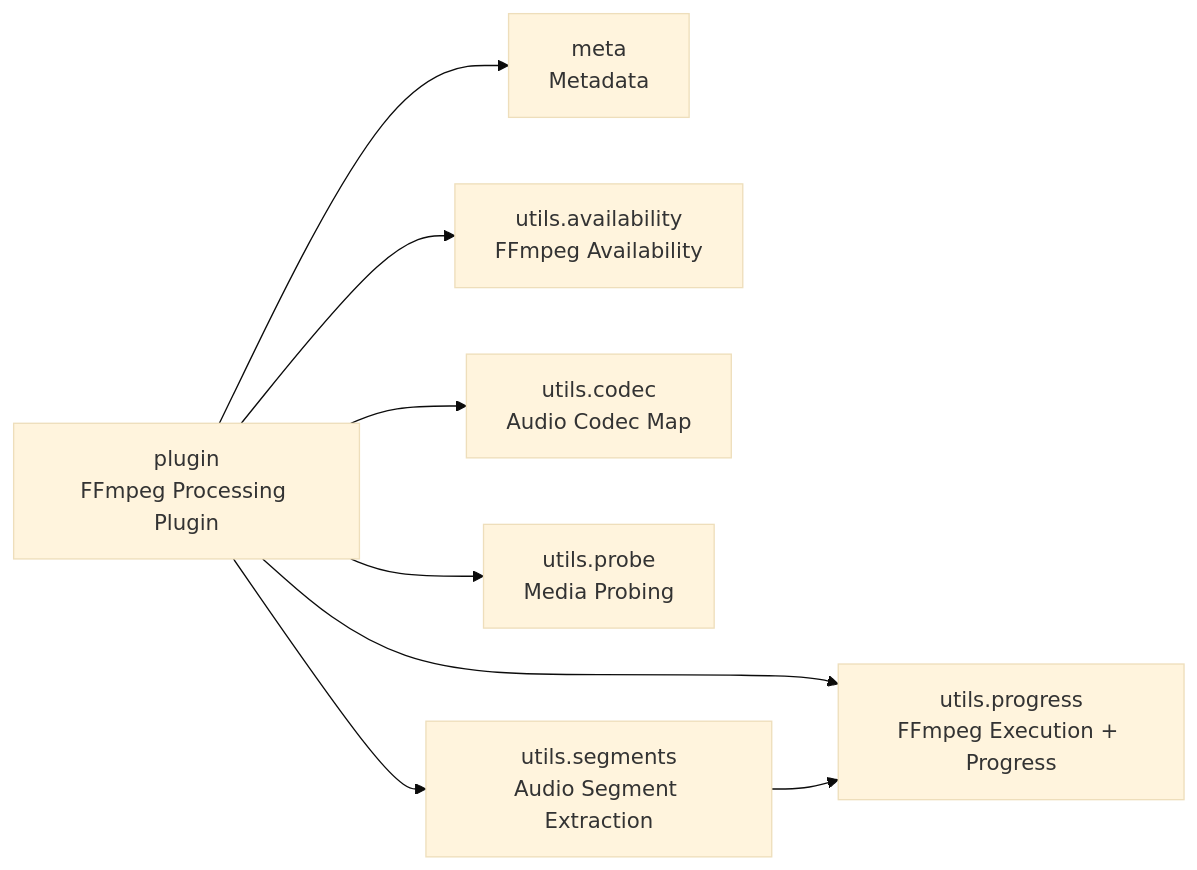
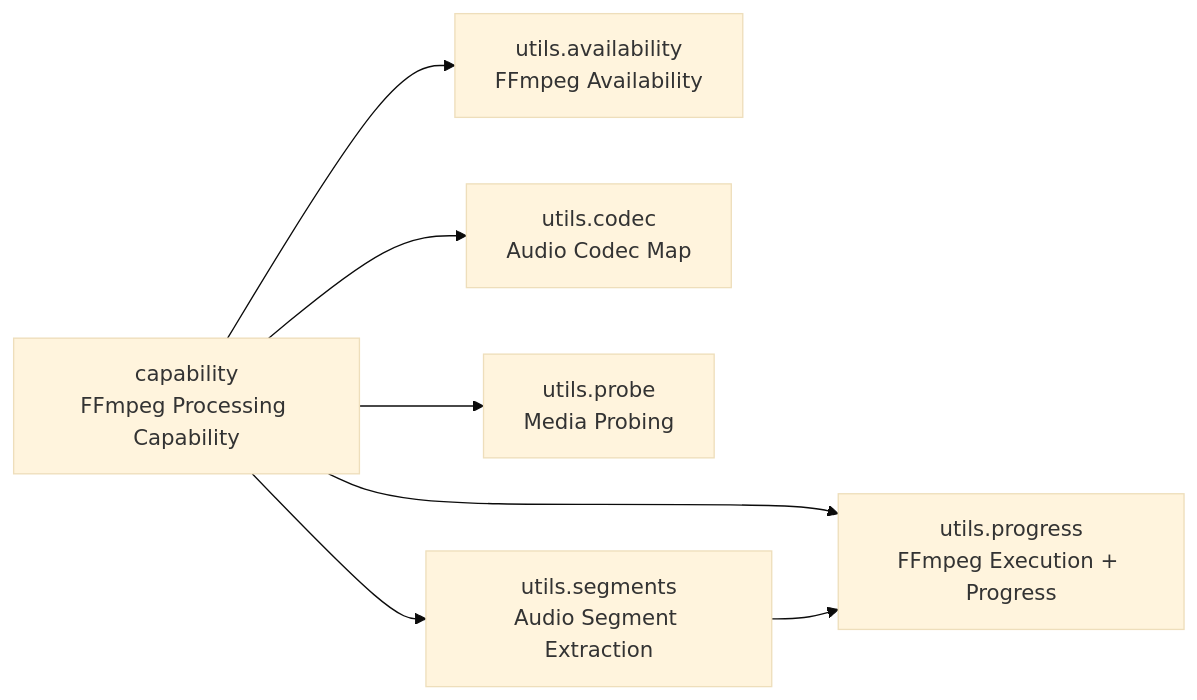
Before and after one commit to cj-mills/cjm-capability-ffmpeg: the diagram in README.md, drawn with Mermaid (base theme). The commit also changed other lines of this file and 16 other files, not shown here.

First line of the commit message:
Stage 9 cascade (Layer 2b): rename cjm-media-plugin-ffmpeg -> cjm-capability-ffmpeg

````diff
--- a/README.md
+++ b/README.md
@@ -28,18 +27,16 @@
 ``` mermaid
 graph LR
-    meta["meta<br/>Metadata"]
-    plugin["plugin<br/>FFmpeg Processing Plugin"]
+    capability["capability<br/>FFmpeg Processing Capability"]
     utils_availability["utils.availability<br/>FFmpeg Availability"]
     utils_codec["utils.codec<br/>Audio Codec Map"]
     utils_probe["utils.probe<br/>Media Probing"]
     utils_progress["utils.progress<br/>FFmpeg Execution + Progress"]
     utils_segments["utils.segments<br/>Audio Segment Extraction"]
 
-    plugin --> utils_probe
-    plugin --> utils_segments
-    plugin --> utils_availability
-    plugin --> utils_progress
-    plugin --> meta
-    plugin --> utils_codec
+    capability --> utils_probe
+    capability --> utils_codec
+    capability --> utils_progress
+    capability --> utils_availability
+    capability --> utils_segments
     utils_segments --> utils_progress
 ```
````
